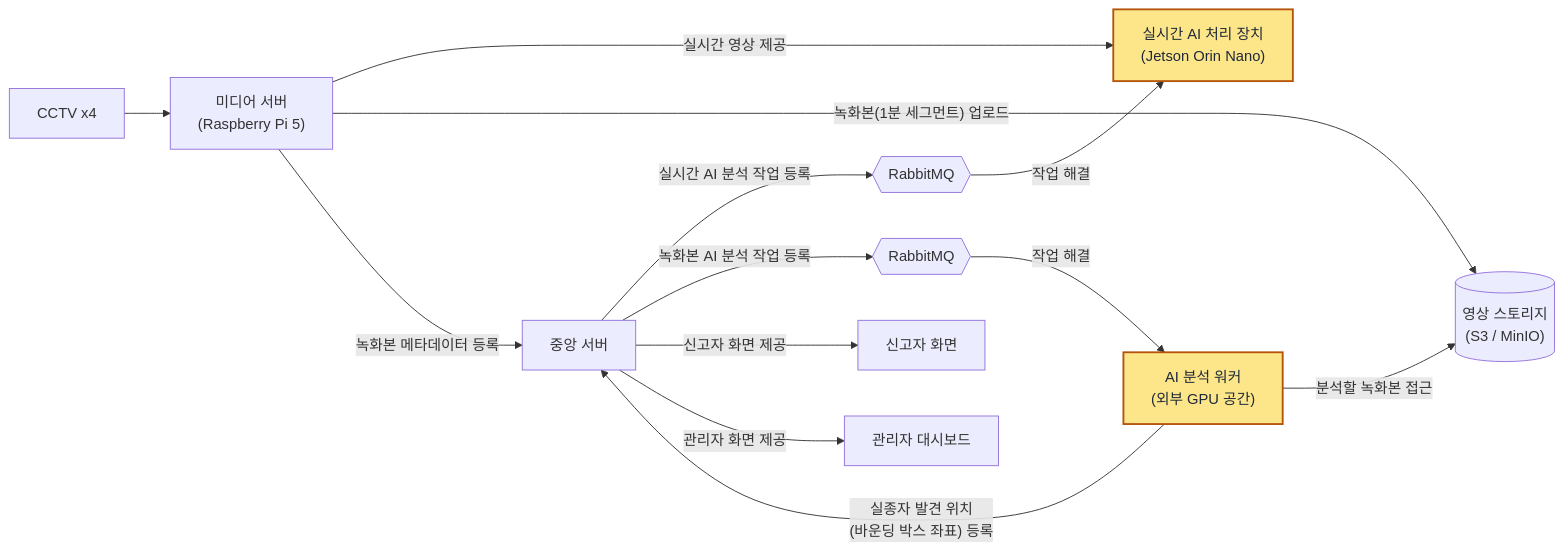
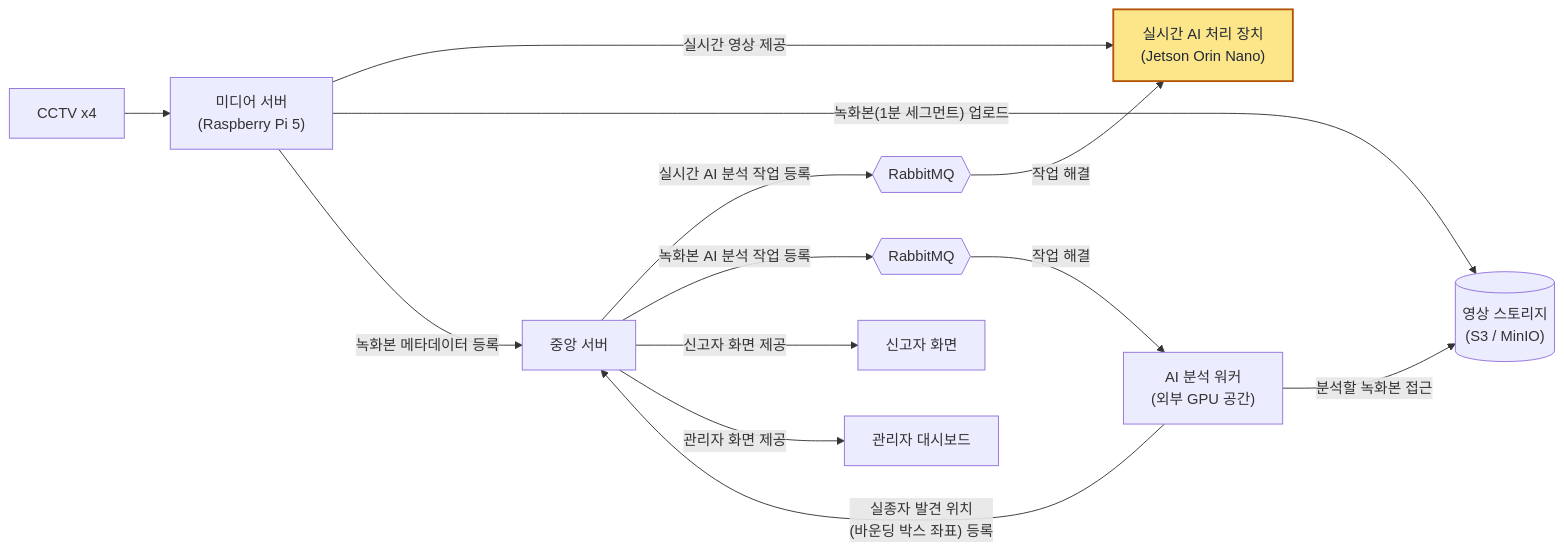
One commit to donghyeoni/yopar-attribute-recognition changed the diagram in README.md. Above: the diagram before and after it, drawn with Mermaid. The commit also changed other lines of this file, not shown here.

````diff
--- a/README.md
+++ b/README.md
@@ -12,23 +13,23 @@
 ```mermaid
 flowchart LR
     CCTV["CCTV x4"] --> MEDIA["미디어 서버<br/>(Raspberry Pi 5)"]
 
     MEDIA -->|"실시간 영상 제공"| JETSON["실시간 AI 처리 장치<br/>(Jetson Orin Nano)"]
     MEDIA -->|"녹화본(1분 세그먼트) 업로드"| STORAGE[("영상 스토리지<br/>(S3 / MinIO)")]
     MEDIA -->|"녹화본 메타데이터 등록"| CORE["중앙 서버"]
 
     CORE -->|"실시간 AI 분석 작업 등록"| MQ1{{"RabbitMQ"}}
     MQ1 -->|"작업 해결"| JETSON
 
     CORE -->|"녹화본 AI 분석 작업 등록"| MQ2{{"RabbitMQ"}}
     MQ2 -->|"작업 해결"| WORKER["AI 분석 워커<br/>(외부 GPU 공간)"]
 
     WORKER -->|"분석할 녹화본 접근"| STORAGE
     WORKER -->|"실종자 발견 위치<br/>(바운딩 박스 좌표) 등록"| CORE
 
     CORE -->|"신고자 화면 제공"| REPORTER["신고자 화면"]
     CORE -->|"관리자 화면 제공"| ADMIN["관리자 대시보드"]
 
     classDef mine fill:#fde68a,stroke:#b45309,stroke-width:2px,color:#1f2937;
-    class JETSON,WORKER mine;
+    class JETSON mine;
 ```
````
